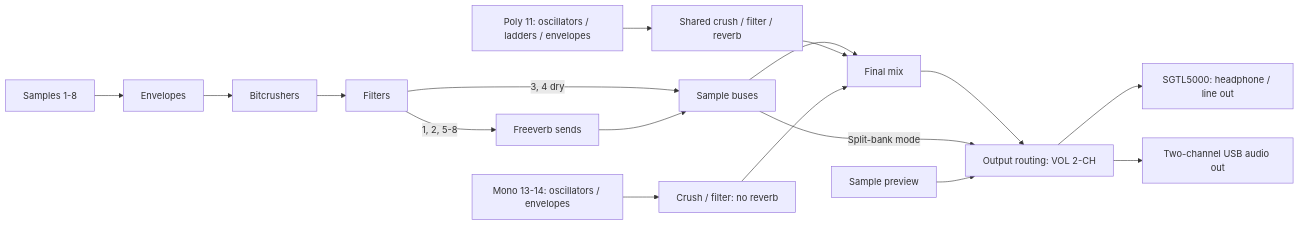
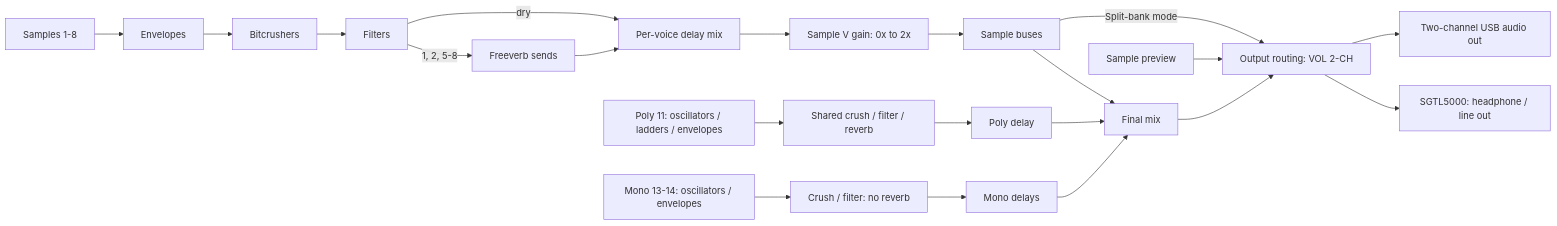
The diagram in devdocs/docs/audio/graph.md (Soundpauli/toern), drawn with Mermaid before and after one commit. The commit also changed 43 other files, not shown here.

````diff
--- a/devdocs/docs/audio/graph.md
+++ b/devdocs/docs/audio/graph.md
@@ -13,17 +13,19 @@
 ```mermaid
 flowchart LR
   S[Samples 1-8] --> ENV[Envelopes] --> BIT[Bitcrushers] --> FIL[Filters]
   FIL -->|1, 2, 5-8| VERB[Freeverb sends]
-  FIL -->|3, 4 dry| BANK[Sample buses]
-  VERB --> BANK
+  FIL -->|dry| DLY[Per-voice delay mix]
+  VERB --> DLY
+  DLY --> V[Sample V gain: 0x to 2x]
+  V --> BANK[Sample buses]
   POLY[Poly 11: oscillators / ladders / envelopes] --> PFX[Shared crush / filter / reverb]
   MONO[Mono 13-14: oscillators / envelopes] --> MFX[Crush / filter: no reverb]
   BANK --> END[Final mix]
-  PFX --> END
-  MFX --> END
+  PFX --> PD[Poly delay] --> END
+  MFX --> MD[Mono delays] --> END
   END --> ROUTE[Output routing: VOL 2-CH]
   BANK -->|Split-bank mode| ROUTE
   PREV[Sample preview] --> ROUTE
   ROUTE --> CODEC[SGTL5000: headphone / line out]
   ROUTE --> USB[Two-channel USB audio out]
 ```
````
